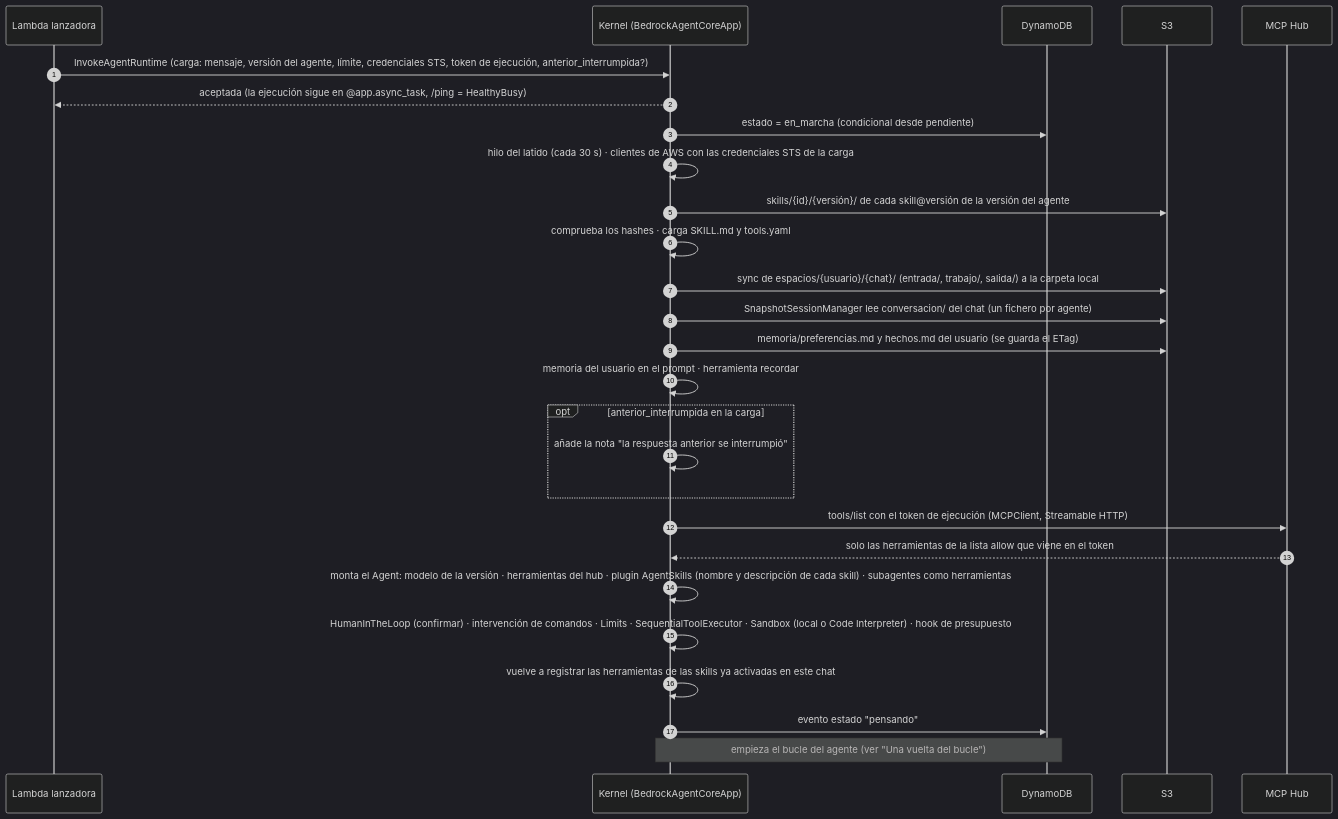
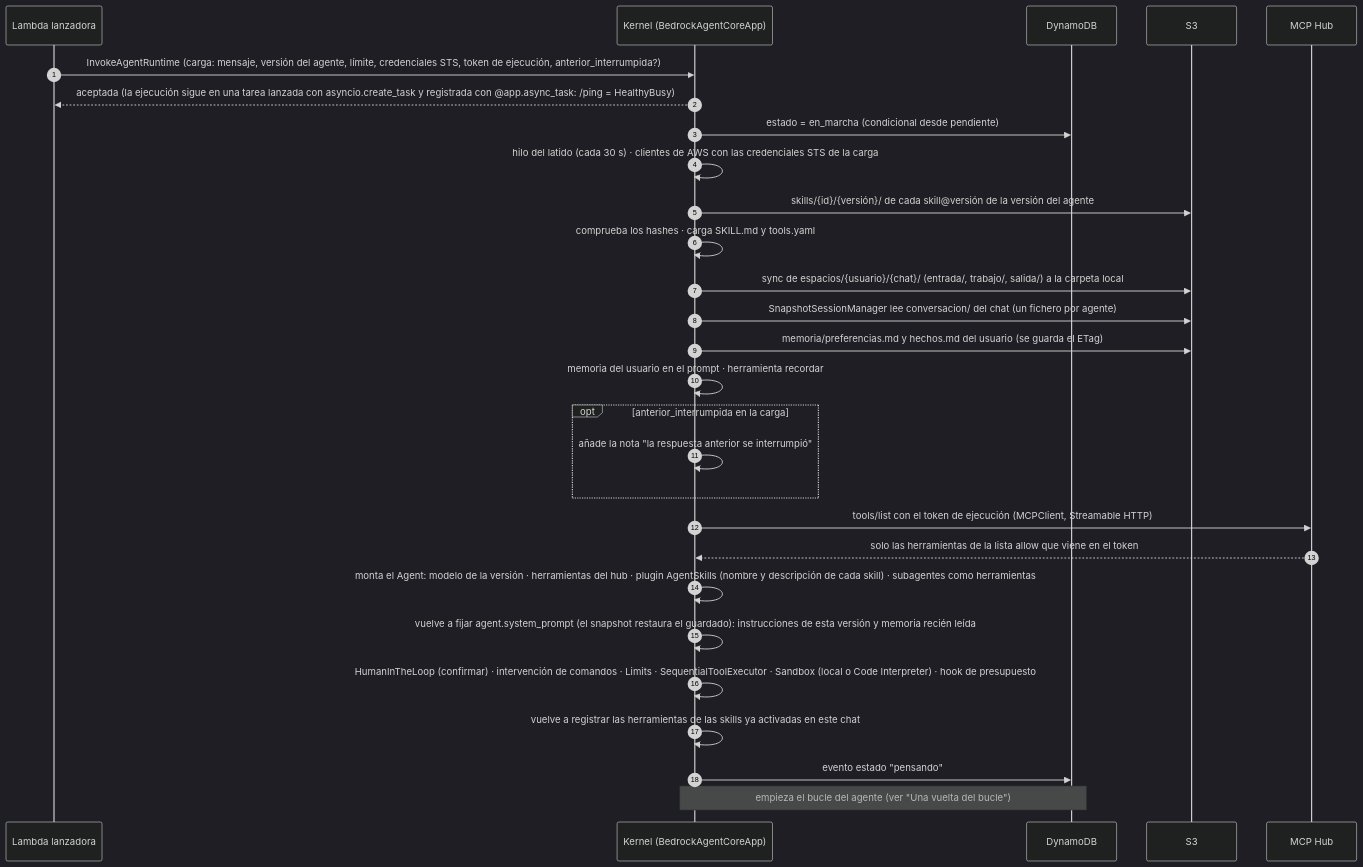
The second of 9 diagrams in docs/arquitectura-agentes.md (ikermendi/sample-agent-platform-with-agentcore), drawn with Mermaid (dark theme) before and after one commit. The commit also changed other lines of this file, not shown here.

First line of the commit message:
docs: verificación en papel de Por verificar (código de Strands y AgentCore, modelos de API, CloudFormation, documentación oficial)

````diff
--- a/docs/arquitectura-agentes.md
+++ b/docs/arquitectura-agentes.md
@@ -377,30 +378,31 @@
 ```mermaid
 sequenceDiagram
   autonumber
   participant L as Lambda lanzadora
   participant K as Kernel (BedrockAgentCoreApp)
   participant D as DynamoDB
   participant S3 as S3
   participant H as MCP Hub
 
   L->>K: InvokeAgentRuntime (carga: mensaje, versión del agente, límite, credenciales STS, token de ejecución, anterior_interrumpida?)
-  K-->>L: aceptada (la ejecución sigue en @app.async_task, /ping = HealthyBusy)
+  K-->>L: aceptada (la ejecución sigue en una tarea lanzada con asyncio.create_task y registrada con @app.async_task: /ping = HealthyBusy)
   K->>D: estado = en_marcha (condicional desde pendiente)
   K->>K: hilo del latido (cada 30 s) · clientes de AWS con las credenciales STS de la carga
   K->>S3: skills/{id}/{versión}/ de cada skill@versión de la versión del agente
   K->>K: comprueba los hashes · carga SKILL.md y tools.yaml
   K->>S3: sync de espacios/{usuario}/{chat}/ (entrada/, trabajo/, salida/) a la carpeta local
   K->>S3: SnapshotSessionManager lee conversacion/ del chat (un fichero por agente)
   K->>S3: memoria/preferencias.md y hechos.md del usuario (se guarda el ETag)
   K->>K: memoria del usuario en el prompt · herramienta recordar
   opt anterior_interrumpida en la carga
     K->>K: añade la nota "la respuesta anterior se interrumpió"
   end
   K->>H: tools/list con el token de ejecución (MCPClient, Streamable HTTP)
   H-->>K: solo las herramientas de la lista allow que viene en el token
   K->>K: monta el Agent: modelo de la versión · herramientas del hub · plugin AgentSkills (nombre y descripción de cada skill) · subagentes como herramientas
+  K->>K: vuelve a fijar agent.system_prompt (el snapshot restaura el guardado): instrucciones de esta versión y memoria recién leída
   K->>K: HumanInTheLoop (confirmar) · intervención de comandos · Limits · SequentialToolExecutor · Sandbox (local o Code Interpreter) · hook de presupuesto
   K->>K: vuelve a registrar las herramientas de las skills ya activadas en este chat
   K->>D: evento estado "pensando"
   Note over K,D: empieza el bucle del agente (ver "Una vuelta del bucle")
 ```
````
